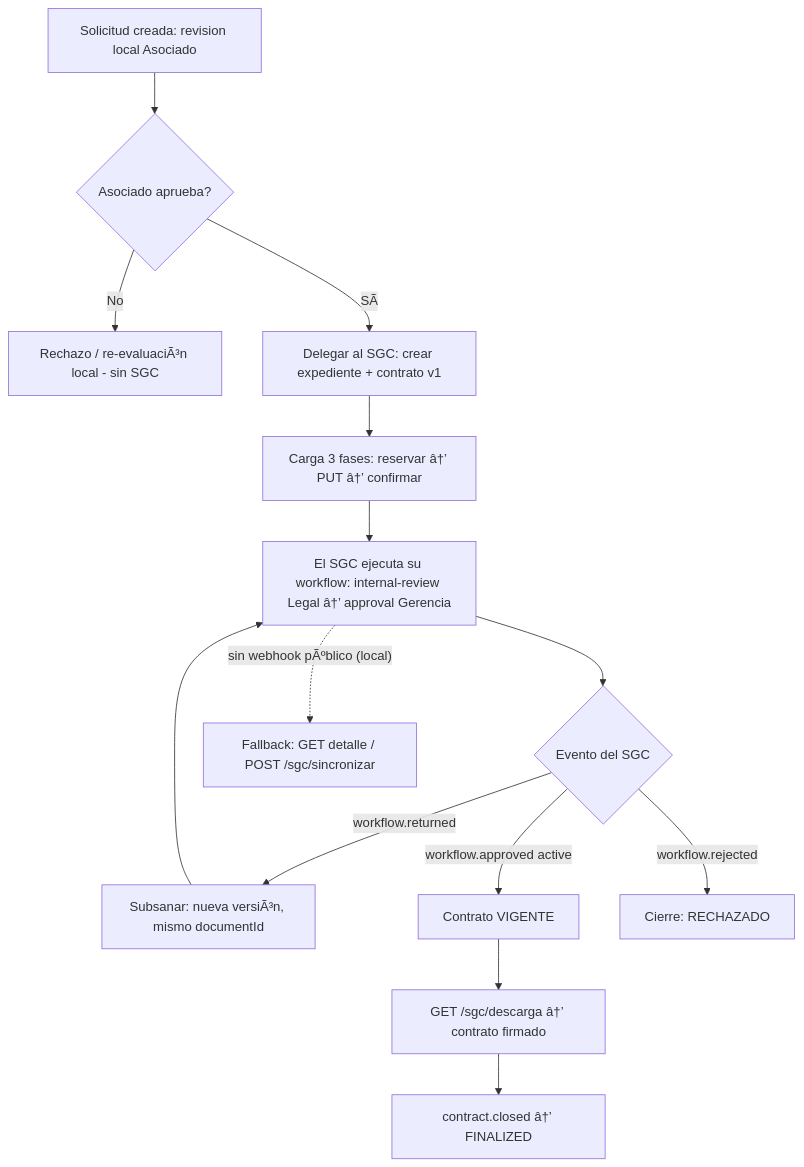
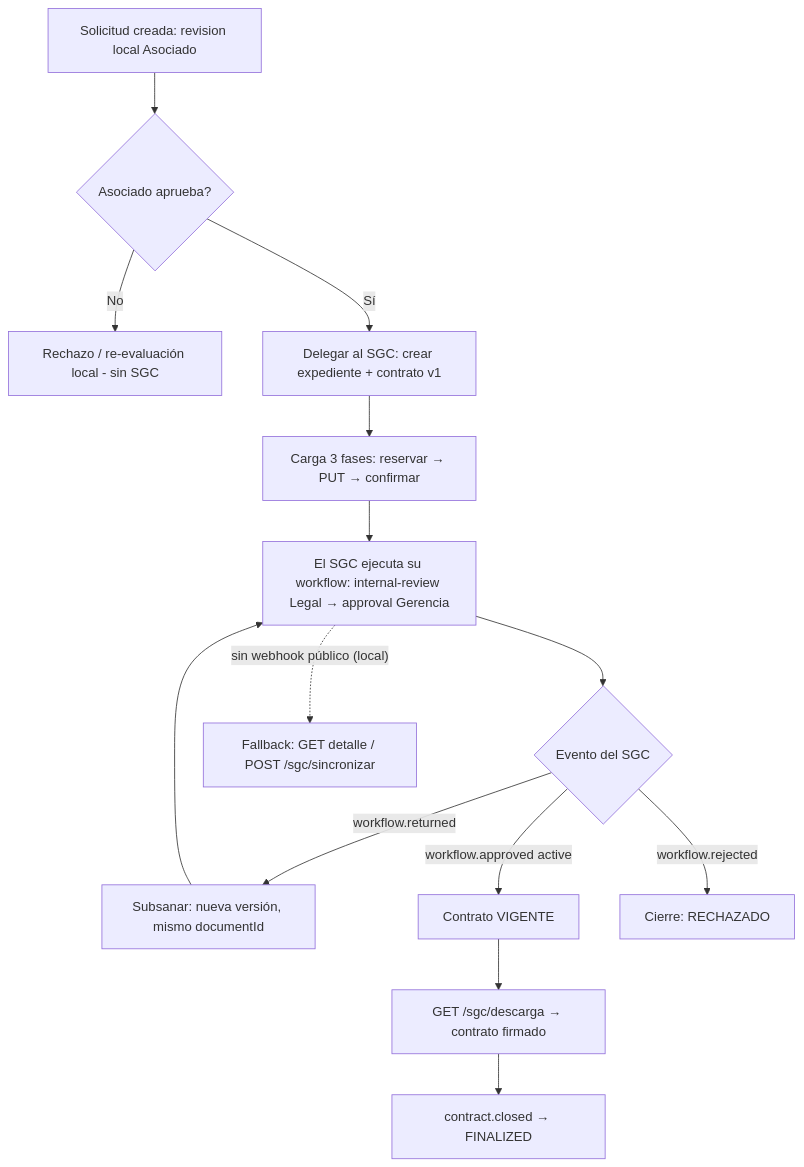
The second of 2 diagrams in docs/05-integraciones/integracion-sgc.md (edsonHuamaniIimp/ecommerce), drawn with Mermaid before and after one commit. The commit also changed other lines of this file and 1 other file, not shown here.

First line of the commit message:
docs(sgc): corrige encoding del md de integracion y agrega ACK/retry a la propuesta

````diff
--- a/docs/05-integraciones/integracion-sgc.md
+++ b/docs/05-integraciones/integracion-sgc.md
@@ -505,16 +505,16 @@
 ```mermaid
 flowchart TD
     A[Solicitud creada: revision local Asociado] --> B{Asociado aprueba?}
-    B -- No --> B1[Rechazo / re-evaluaciÃ³n local - sin SGC]
-    B -- SÃ­ --> C[Delegar al SGC: crear expediente + contrato v1]
-    C --> D[Carga 3 fases: reservar â†’ PUT â†’ confirmar]
-    D --> E[El SGC ejecuta su workflow: internal-review Legal â†’ approval Gerencia]
+    B -- No --> B1[Rechazo / re-evaluación local - sin SGC]
+    B -- Sí --> C[Delegar al SGC: crear expediente + contrato v1]
+    C --> D[Carga 3 fases: reservar → PUT → confirmar]
+    D --> E[El SGC ejecuta su workflow: internal-review Legal → approval Gerencia]
     E --> F{Evento del SGC}
-    F -- workflow.returned --> G[Subsanar: nueva versiÃ³n, mismo documentId]
+    F -- workflow.returned --> G[Subsanar: nueva versión, mismo documentId]
     G --> E
     F -- workflow.approved active --> H[Contrato VIGENTE]
     F -- workflow.rejected --> I[Cierre: RECHAZADO]
-    H --> J[GET /sgc/descarga â†’ contrato firmado]
-    J --> K[contract.closed â†’ FINALIZED]
-    E -. sin webhook pÃºblico (local) .-> P[Fallback: GET detalle / POST /sgc/sincronizar]
+    H --> J[GET /sgc/descarga → contrato firmado]
+    J --> K[contract.closed → FINALIZED]
+    E -. sin webhook público (local) .-> P[Fallback: GET detalle / POST /sgc/sincronizar]
 ```
````
